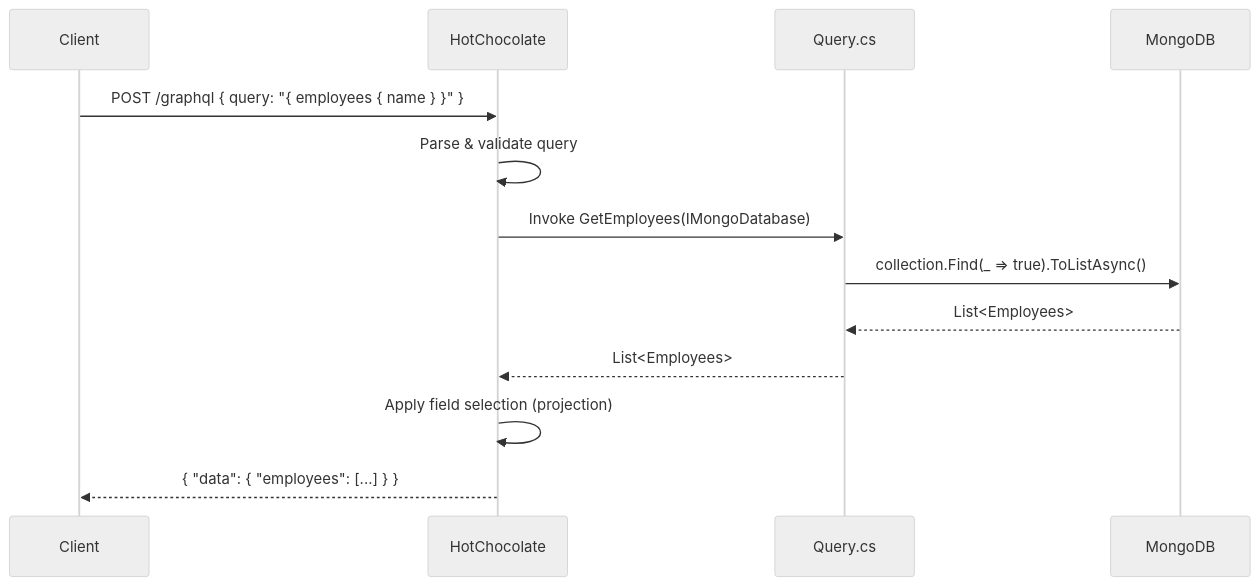
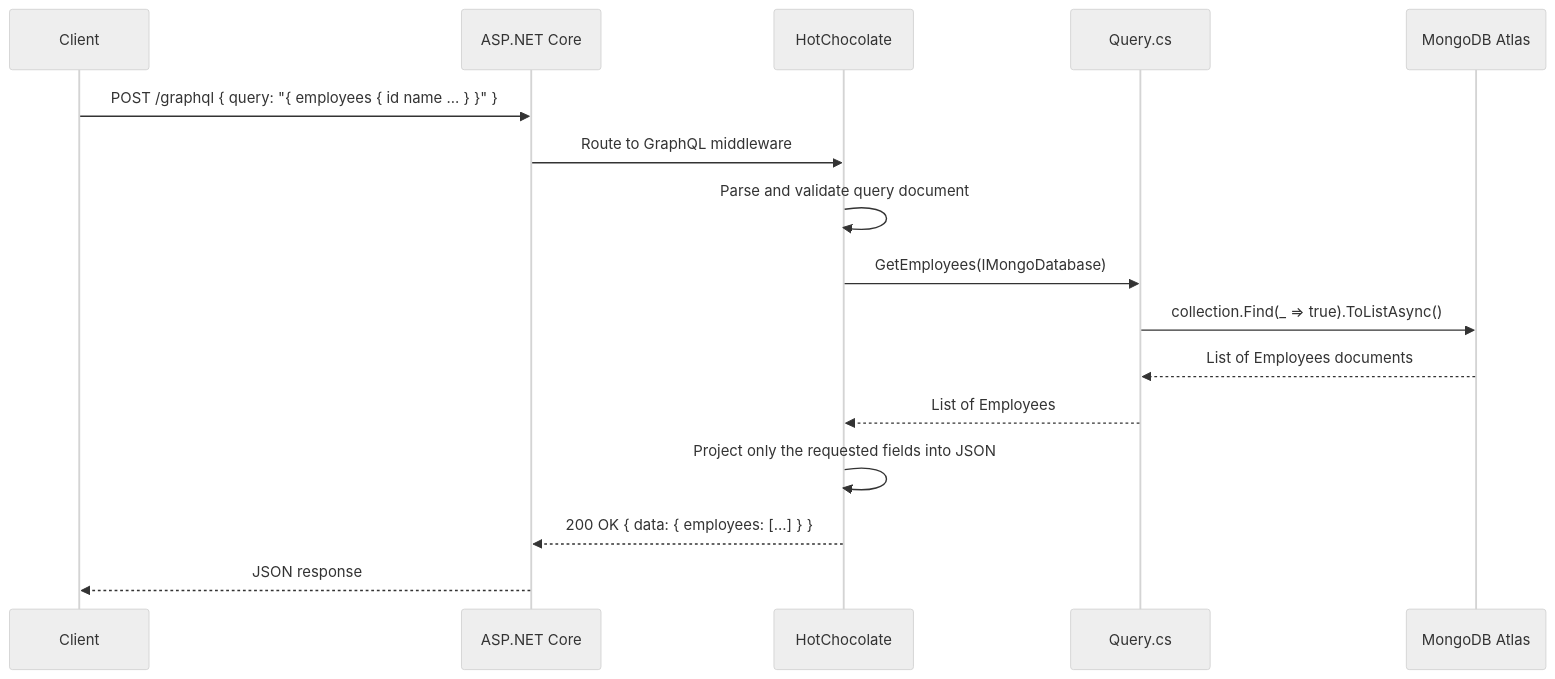
Before and after one commit to Shotza247/GraphQL-Server-SetUp.Net: the fifth of 8 diagrams in README.md, drawn with Mermaid (neutral theme). The commit also changed other lines of this file, not shown here.

````diff
--- a/README.md
+++ b/README.md
@@ -219,16 +240,19 @@
 ```mermaid
 sequenceDiagram
     participant Client
-    participant HotChocolate
-    participant Query.cs
-    participant MongoDB
+    participant ASP as ASP.NET Core
+    participant HC as HotChocolate
+    participant Query as Query.cs
+    participant Mongo as MongoDB Atlas
 
-    Client->>HotChocolate: POST /graphql { query: "{ employees { name } }" }
-    HotChocolate->>HotChocolate: Parse & validate query
-    HotChocolate->>Query.cs: Invoke GetEmployees(IMongoDatabase)
-    Query.cs->>MongoDB: collection.Find(_ => true).ToListAsync()
-    MongoDB-->>Query.cs: List<Employees>
-    Query.cs-->>HotChocolate: List<Employees>
-    HotChocolate->>HotChocolate: Apply field selection (projection)
-    HotChocolate-->>Client: { "data": { "employees": [...] } }
+    Client->>ASP: POST /graphql { query: "{ employees { id name ... } }" }
+    ASP->>HC: Route to GraphQL middleware
+    HC->>HC: Parse and validate query document
+    HC->>Query: GetEmployees(IMongoDatabase)
+    Query->>Mongo: collection.Find(_ => true).ToListAsync()
+    Mongo-->>Query: List of Employees documents
+    Query-->>HC: List of Employees
+    HC->>HC: Project only the requested fields into JSON
+    HC-->>ASP: 200 OK { data: { employees: [...] } }
+    ASP-->>Client: JSON response
 ```
````
